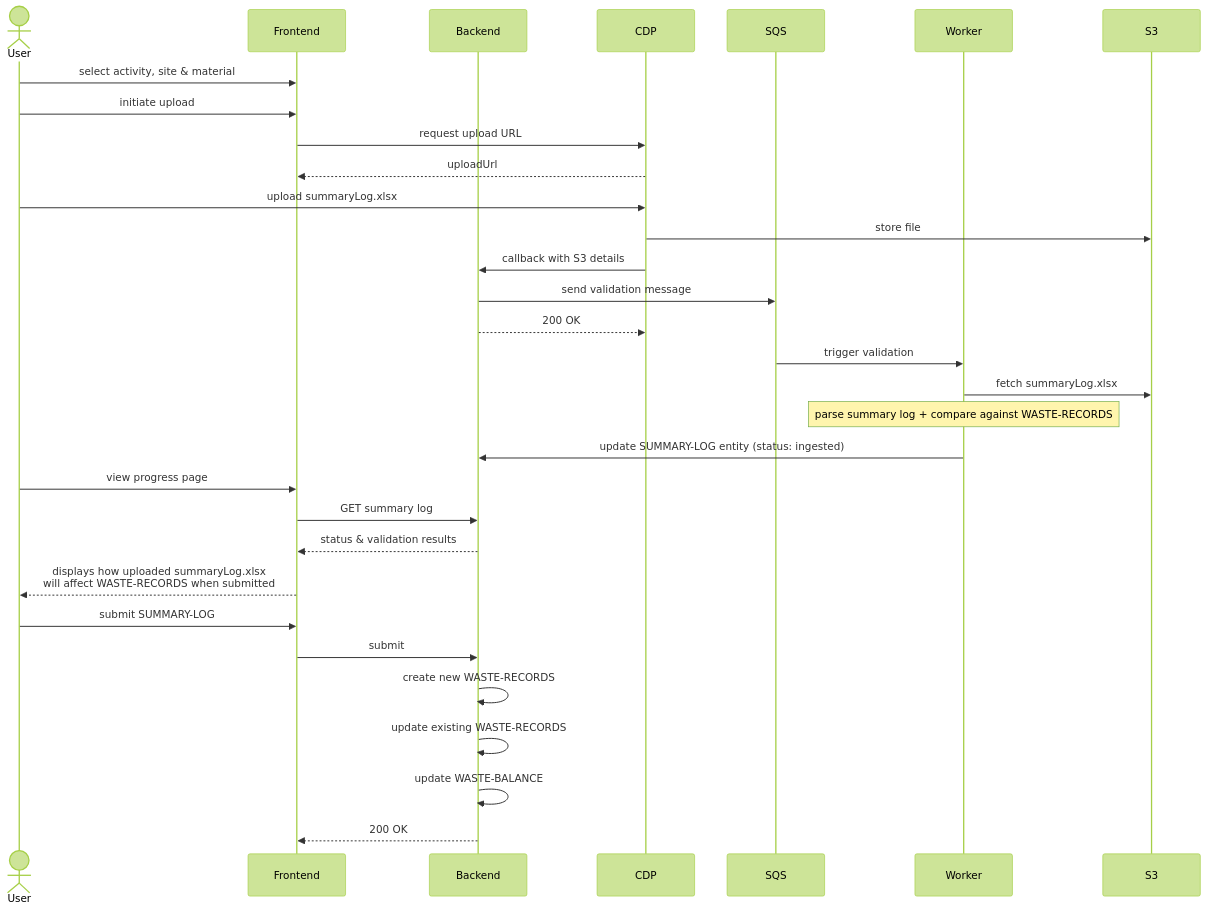
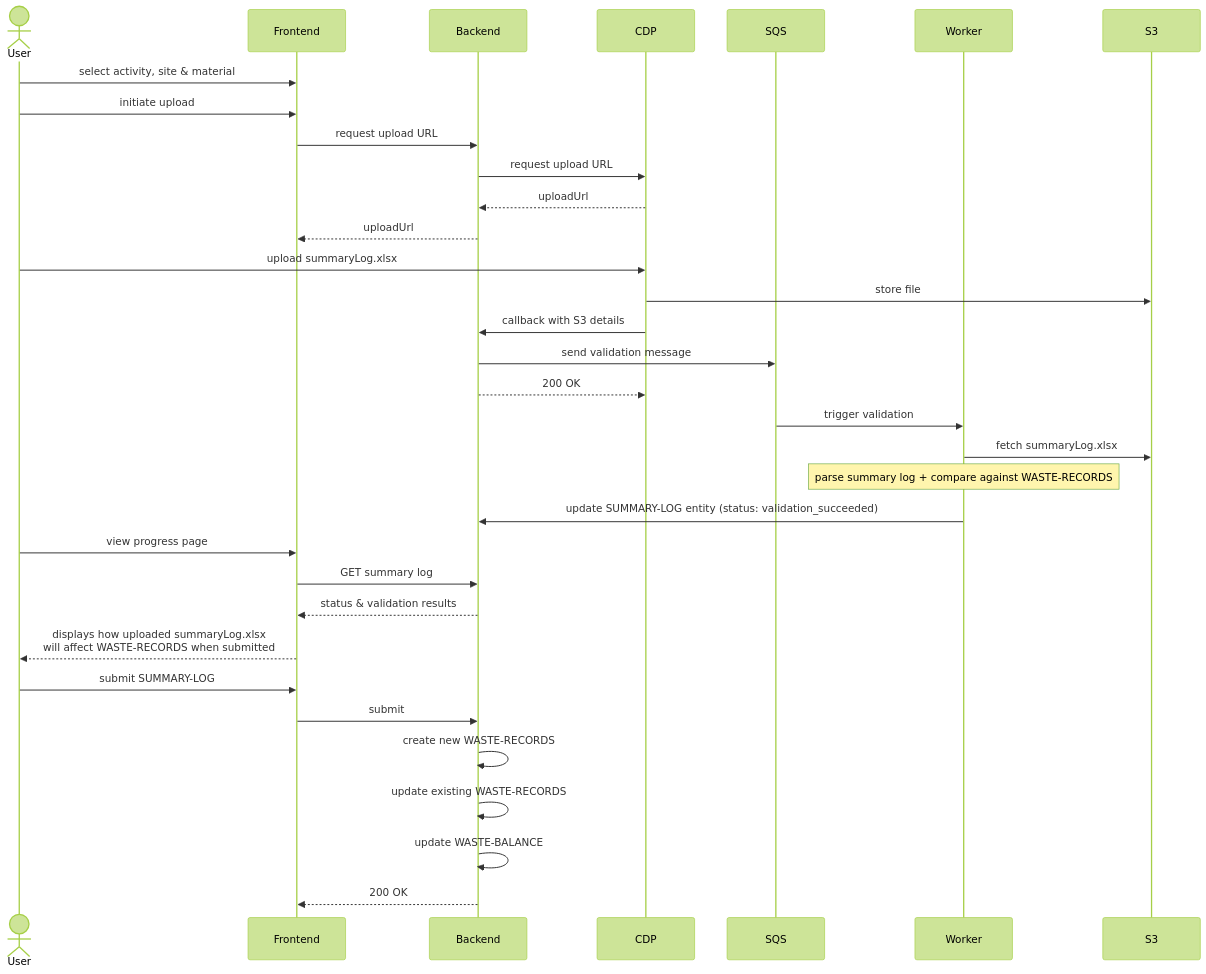
Before and after one commit to DEFRA/epr-backend: the ninth of 9 diagrams in docs/architecture/discovery/pepr-hld.md, drawn with Mermaid (forest theme). The commit also changed other lines of this file and 1 other file, not shown here.

Commit message:
Address PR review feedback from @nijk
- Replace 'CDP' with 'CDP Uploader' throughout LLD for clarity
- Update SUMMARY-LOG entity status enum to include all statuses
- Fix HLD diagram: Frontend->Backend->CDP flow instead of Frontend->CDP directly
- Change callback HTTP method from PUT to POST (matches CDP Uploader implementation)
- Rename status 'ingested' to 'validation_succeeded' for clarity
- Add clarification that failed uploads show upload form for restart
- Keep 'created' status as-is (entity is created before upload starts)

````diff
--- a/docs/architecture/discovery/pepr-hld.md
+++ b/docs/architecture/discovery/pepr-hld.md
@@ -438,34 +438,36 @@
 ```mermaid
 sequenceDiagram
     actor User
     participant Frontend
     participant Backend
     participant CDP
     participant SQS
     participant Worker
     participant S3
 
     User->>Frontend: select activity, site & material
     User->>Frontend: initiate upload
-    Frontend->>CDP: request upload URL
-    CDP-->>Frontend: uploadUrl
+    Frontend->>Backend: request upload URL
+    Backend->>CDP: request upload URL
+    CDP-->>Backend: uploadUrl
+    Backend-->>Frontend: uploadUrl
     User->>CDP: upload summaryLog.xlsx
     CDP->>S3: store file
     CDP->>Backend: callback with S3 details
     Backend->>SQS: send validation message
     Backend-->>CDP: 200 OK
     SQS->>Worker: trigger validation
     Worker->>S3: fetch summaryLog.xlsx
     Note over Worker: parse summary log + compare against WASTE-RECORDS
-    Worker->>Backend: update SUMMARY-LOG entity (status: ingested)
+    Worker->>Backend: update SUMMARY-LOG entity (status: validation_succeeded)
     User->>Frontend: view progress page
     Frontend->>Backend: GET summary log
     Backend-->>Frontend: status & validation results
     Frontend-->>User: displays how uploaded summaryLog.xlsx<br> will affect WASTE-RECORDS when submitted
     User->>Frontend: submit SUMMARY-LOG
     Frontend->>Backend: submit
     Backend->>Backend: create new WASTE-RECORDS
     Backend->>Backend: update existing WASTE-RECORDS
     Backend->>Backend: update WASTE-BALANCE
     Backend-->>Frontend: 200 OK
 ```
````
